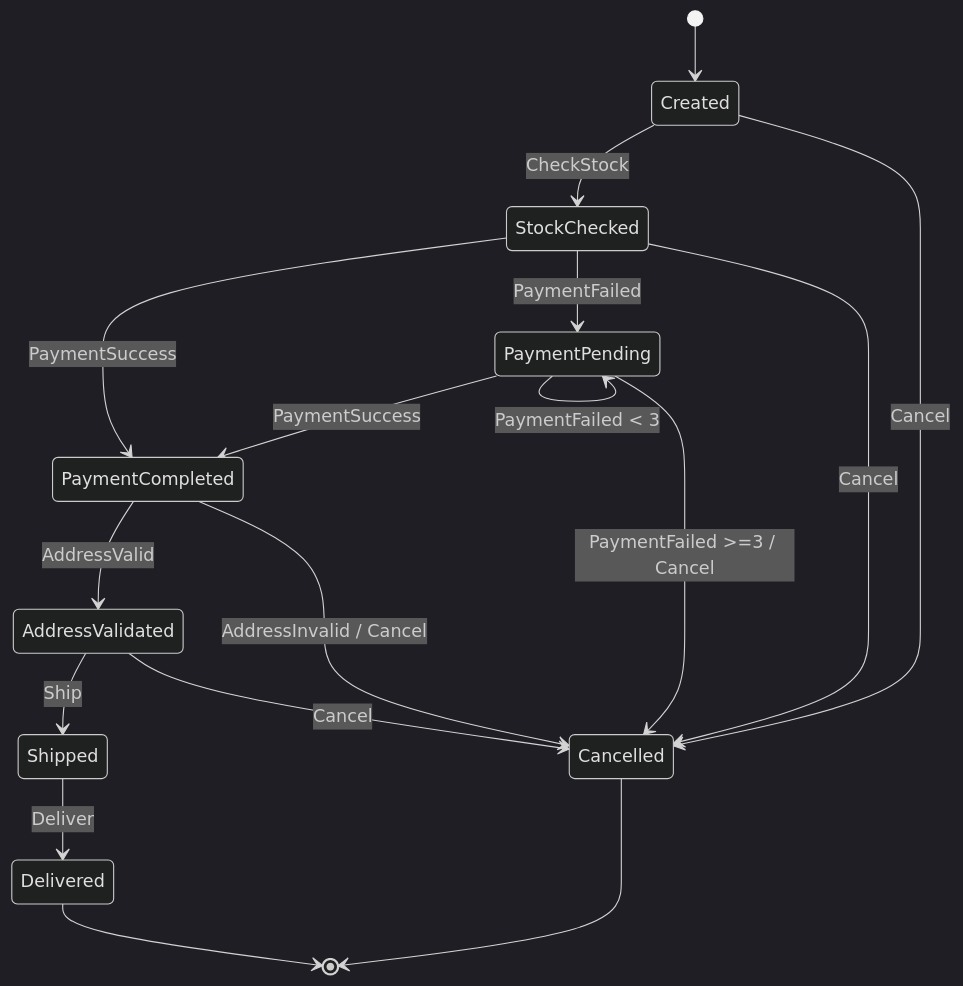
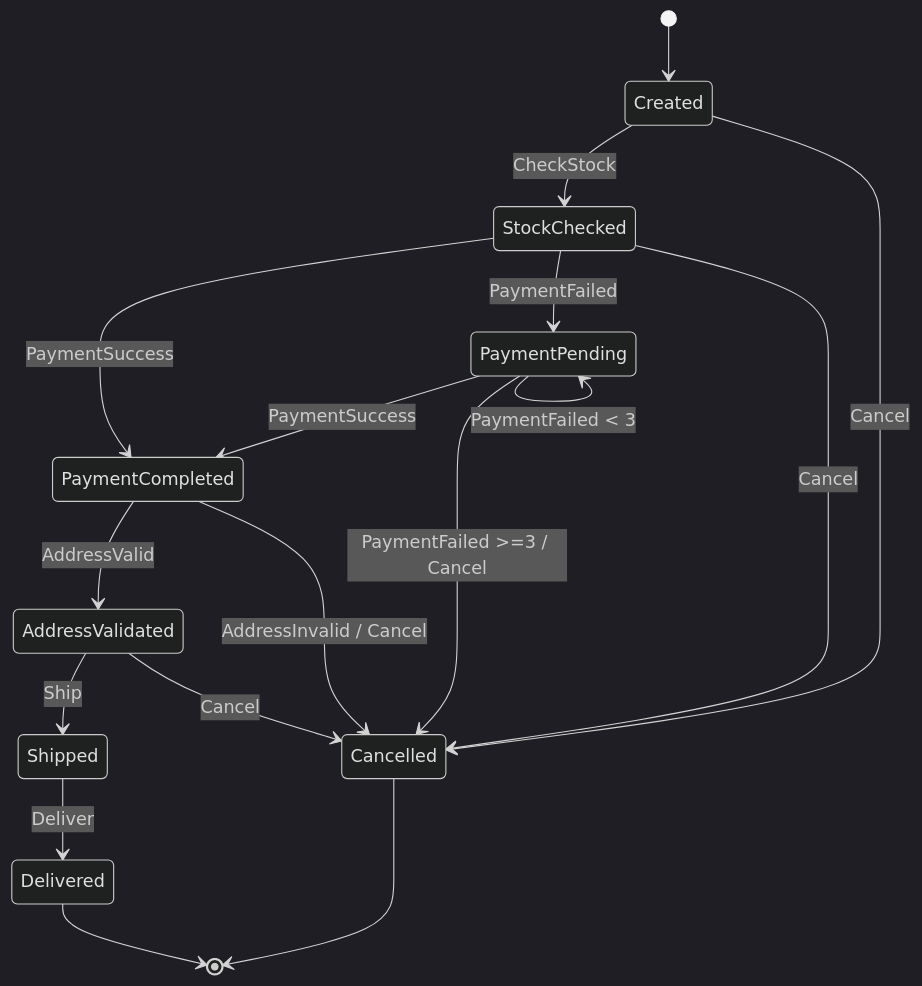
Before and after one commit to vijatbavoor/OrderStateMachineDemo: the diagram in README.md, drawn with Mermaid (dark theme). The commit also changed other lines of this file and 1 other file, not shown here.

````diff
--- a/README.md
+++ b/README.md
@@ -63,19 +80,19 @@
 ```mermaid
 stateDiagram-v2
     [*] --> Created
     Created --> StockChecked : CheckStock
     Created --> Cancelled : Cancel
     StockChecked --> PaymentCompleted : PaymentSuccess
     StockChecked --> PaymentPending : PaymentFailed
     StockChecked --> Cancelled : Cancel
     PaymentPending --> PaymentCompleted : PaymentSuccess
-    PaymentPending --> PaymentPending : PaymentFailed < 3
     PaymentPending --> Cancelled : PaymentFailed >=3 / Cancel
+    PaymentPending --> PaymentPending : PaymentFailed < 3  
     PaymentCompleted --> AddressValidated : AddressValid
     PaymentCompleted --> Cancelled : AddressInvalid / Cancel
     AddressValidated --> Shipped : Ship
     AddressValidated --> Cancelled : Cancel
     Shipped --> Delivered : Deliver
     Cancelled --> [*]
     Delivered --> [*]
 ```
````
